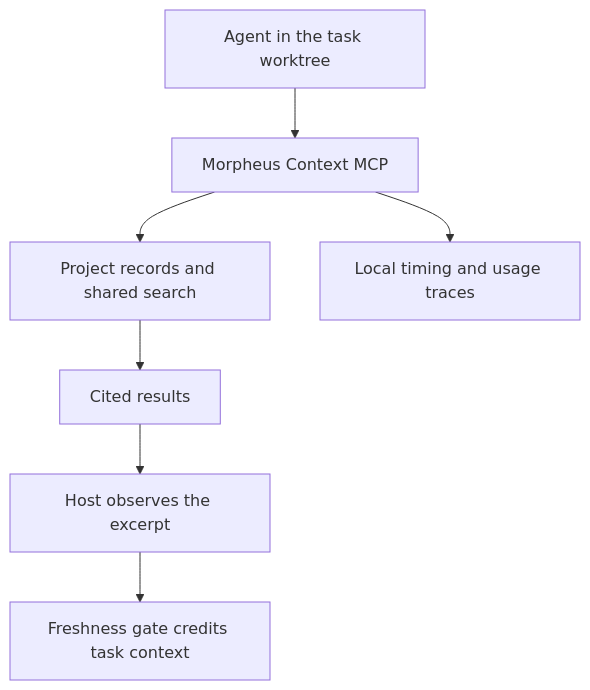
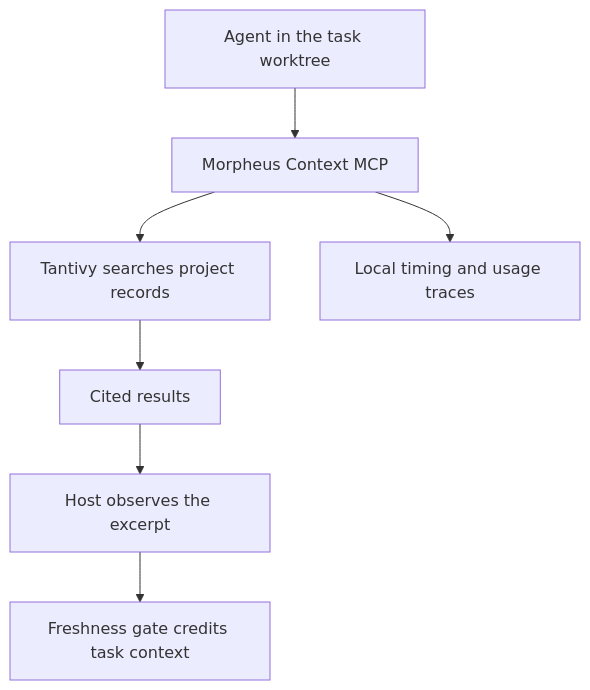
One commit to cpheinrich/morpheus changed the first of 5 diagrams in architecture.md. Above: the diagram before and after it, drawn with Mermaid. The commit also changed other lines of this file and 104 other files, not shown here.

````diff
--- a/architecture.md
+++ b/architecture.md
@@ -948,9 +949,9 @@
 ```mermaid
 flowchart TB
     A["Agent in the task worktree"] --> B["Morpheus Context MCP"]
-    B --> C["Project records and shared search"]
+    B --> C["Tantivy searches project records"]
     C --> D["Cited results"]
     D --> E["Host observes the excerpt"]
     E --> F["Freshness gate credits task context"]
     B --> G["Local timing and usage traces"]
 ```
````
